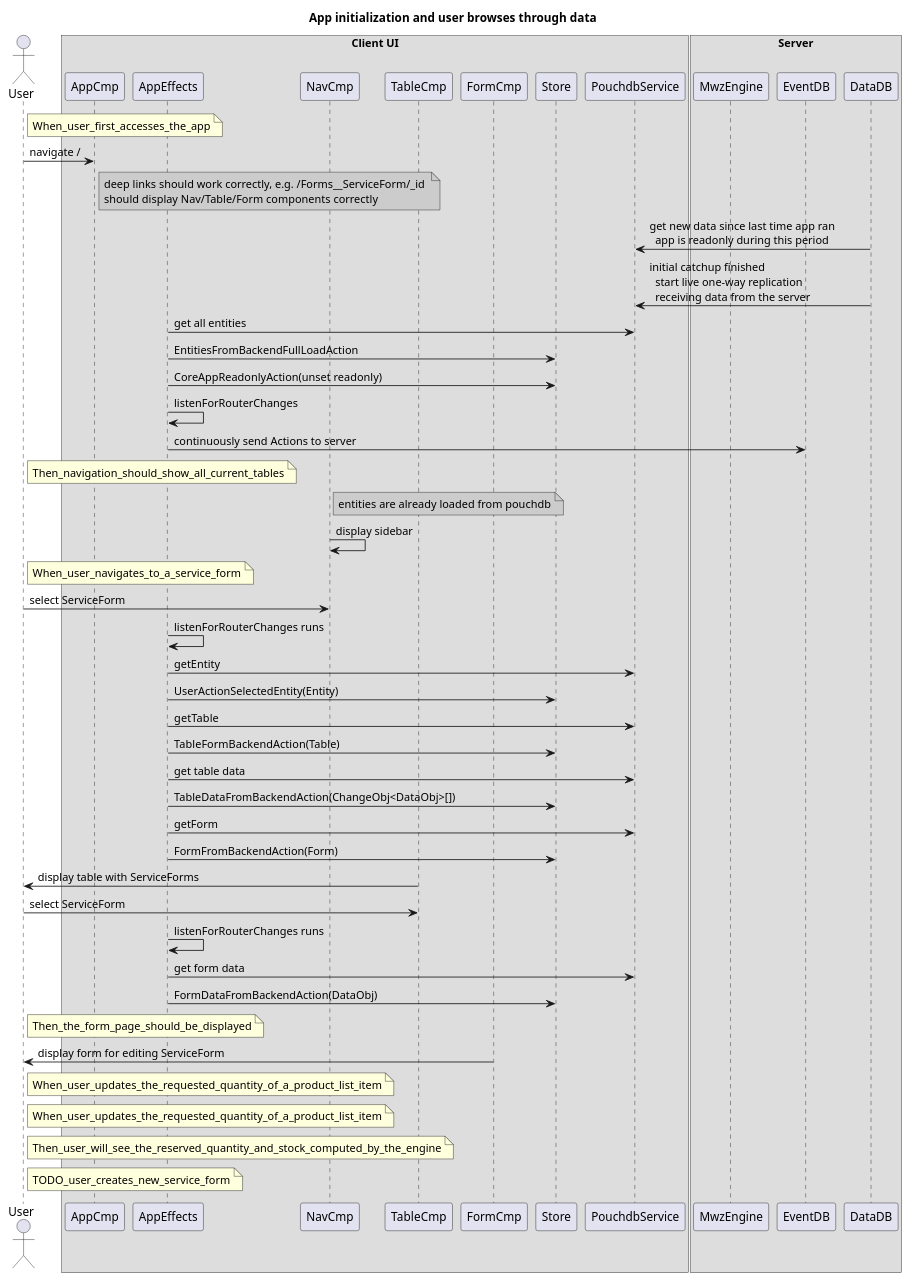
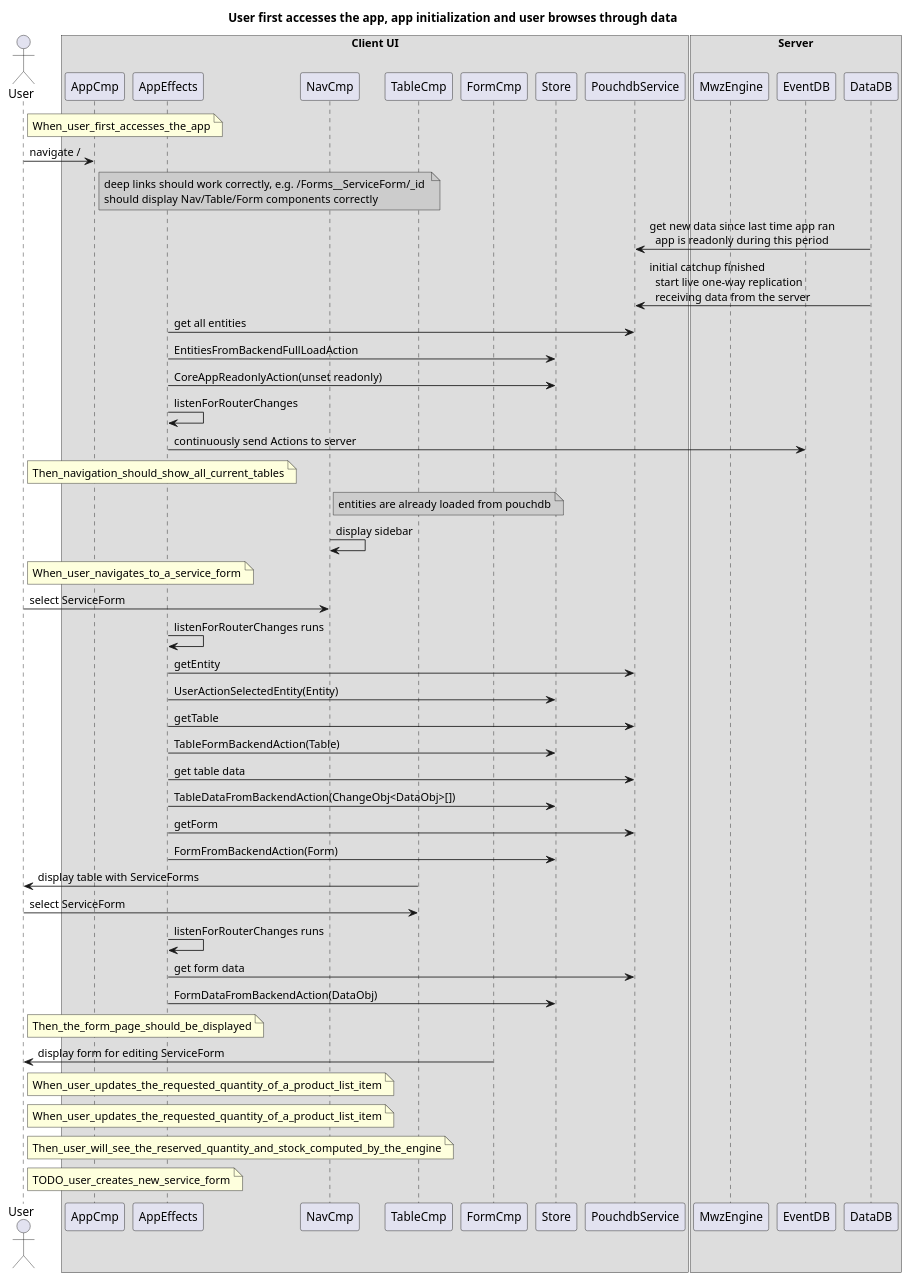
The diagram in docs/init_and_view_flows.puml (formuladb/poc1), drawn with PlantUML before and after one commit. The commit also changed 8 other files, not shown here.

```diff
--- a/docs/init_and_view_flows.puml
+++ b/docs/init_and_view_flows.puml
@@ -1,72 +1,72 @@
 @startuml init_and_view_flows
 
-title App initialization and user browses through data
+title User first accesses the app, app initialization and user browses through data
 
 actor User
 box "Client UI"
     participant AppCmp
     participant AppEffects
     participant NavCmp
     participant TableCmp
     participant FormCmp
     participant Store
     participant PouchdbService
 end box
 box "Server"
     participant MwzEngine
     participant EventDB
     participant DataDB
 end box
 
 note right of User: When_user_first_accesses_the_app
 User -> AppCmp: navigate /
 note right of AppCmp #CCCCCC
 deep links should work correctly, e.g. /Forms__ServiceForm/_id 
 should display Nav/Table/Form components correctly
 end note
 
 PouchdbService <- DataDB: get new data since last time app ran\n\
   app is readonly during this period
 PouchdbService <- DataDB: initial catchup finished\n\
   start live one-way replication\n\
   receiving data from the server
 
 AppEffects -> PouchdbService: get all entities
 AppEffects -> Store: EntitiesFromBackendFullLoadAction
 AppEffects -> Store: CoreAppReadonlyAction(unset readonly)
 AppEffects -> AppEffects: listenForRouterChanges
 AppEffects -> EventDB: continuously send Actions to server
 
 note right of User: Then_navigation_should_show_all_current_tables
 note right of NavCmp #CCCCCC: entities are already loaded from pouchdb
 NavCmp -> NavCmp: display sidebar
 
 note right of User: When_user_navigates_to_a_service_form
 
 User -> NavCmp: select ServiceForm
 AppEffects -> AppEffects: listenForRouterChanges runs
 AppEffects -> PouchdbService: getEntity
 AppEffects -> Store: UserActionSelectedEntity(Entity)
 AppEffects -> PouchdbService: getTable
 AppEffects -> Store: TableFormBackendAction(Table)
 AppEffects -> PouchdbService: get table data
 AppEffects -> Store: TableDataFromBackendAction(ChangeObj<DataObj>[])
 AppEffects -> PouchdbService: getForm
 AppEffects -> Store: FormFromBackendAction(Form)
 
 User <- TableCmp: display table with ServiceForms
 User -> TableCmp: select ServiceForm
 
 AppEffects -> AppEffects: listenForRouterChanges runs
 AppEffects -> PouchdbService: get form data
 AppEffects -> Store: FormDataFromBackendAction(DataObj)
 
 note right of User: Then_the_form_page_should_be_displayed
 User <- FormCmp: display form for editing ServiceForm
 
 note right of User: When_user_updates_the_requested_quantity_of_a_product_list_item
 note right of User: When_user_updates_the_requested_quantity_of_a_product_list_item
 note right of User: Then_user_will_see_the_reserved_quantity_and_stock_computed_by_the_engine
 note right of User: TODO_user_creates_new_service_form
 
 @enduml
```
